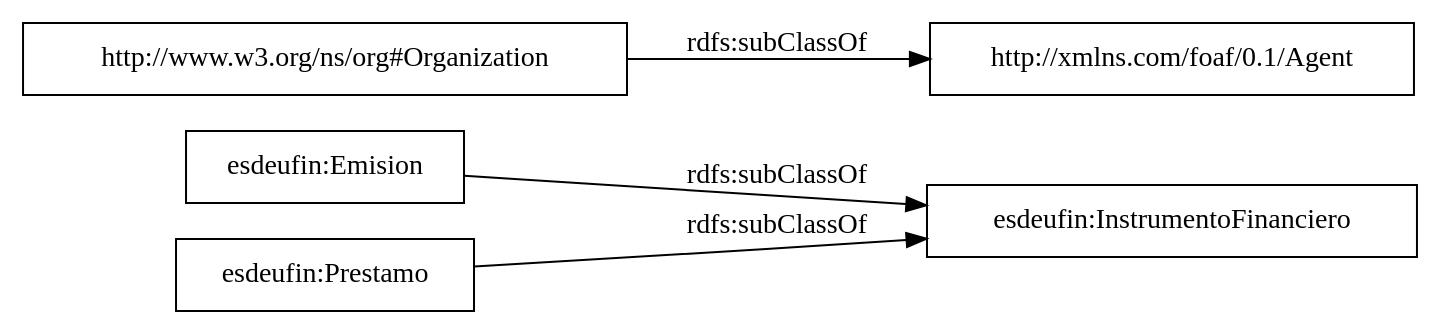
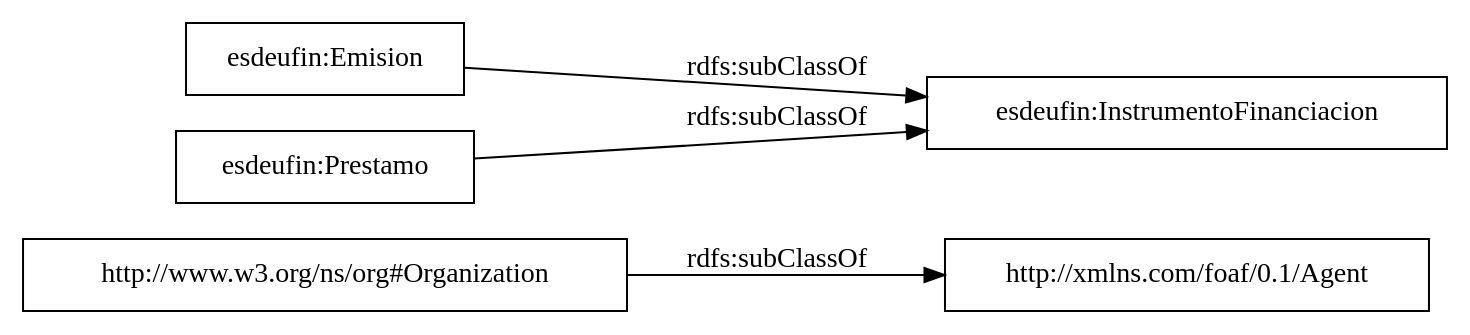
Before and after one commit to leticiarubalcabadg/vocab-economia-deuda-financiera: the diagram in OnToology/ontology/deudaPublicaFinanciera.owl/diagrams/ar2dtool-taxonomy/deudaPublicaFinanciera.owl.png.dot, drawn with Graphviz. The commit also changed 14 other files, not shown here.

```diff
--- a/OnToology/ontology/deudaPublicaFinanciera.owl/diagrams/ar2dtool-taxonomy/deudaPublicaFinanciera.owl.png.dot
+++ b/OnToology/ontology/deudaPublicaFinanciera.owl/diagrams/ar2dtool-taxonomy/deudaPublicaFinanciera.owl.png.dot
@@ -1,9 +1,9 @@
 digraph ar2dtool_diagram { 
 rankdir=LR;
 size="1000"
-node [shape = rectangle, color="black"]; "esdeufin:InstrumentoFinanciero" "http://xmlns.com/foaf/0.1/Agent" "esdeufin:Emision" "esdeufin:Prestamo" "http://www.w3.org/ns/org#Organization" ; /*classes style*/
+node [shape = rectangle, color="black"]; "http://xmlns.com/foaf/0.1/Agent" "esdeufin:Emision" "esdeufin:InstrumentoFinanciacion" "esdeufin:Prestamo" "http://www.w3.org/ns/org#Organization" ; /*classes style*/
 	"http://www.w3.org/ns/org#Organization" -> "http://xmlns.com/foaf/0.1/Agent" [ label = "rdfs:subClassOf" ];
-	"esdeufin:Prestamo" -> "esdeufin:InstrumentoFinanciero" [ label = "rdfs:subClassOf" ];
-	"esdeufin:Emision" -> "esdeufin:InstrumentoFinanciero" [ label = "rdfs:subClassOf" ];
+	"esdeufin:Prestamo" -> "esdeufin:InstrumentoFinanciacion" [ label = "rdfs:subClassOf" ];
+	"esdeufin:Emision" -> "esdeufin:InstrumentoFinanciacion" [ label = "rdfs:subClassOf" ];
 
 }
```
